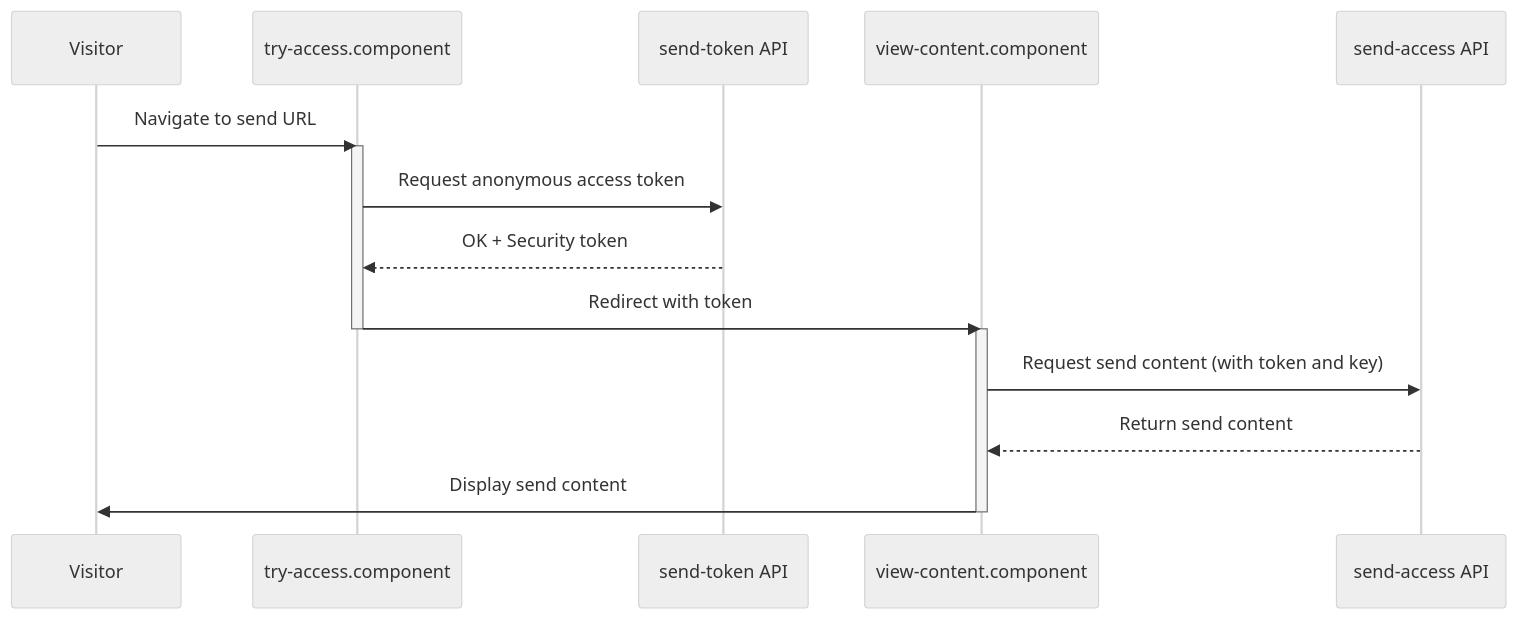
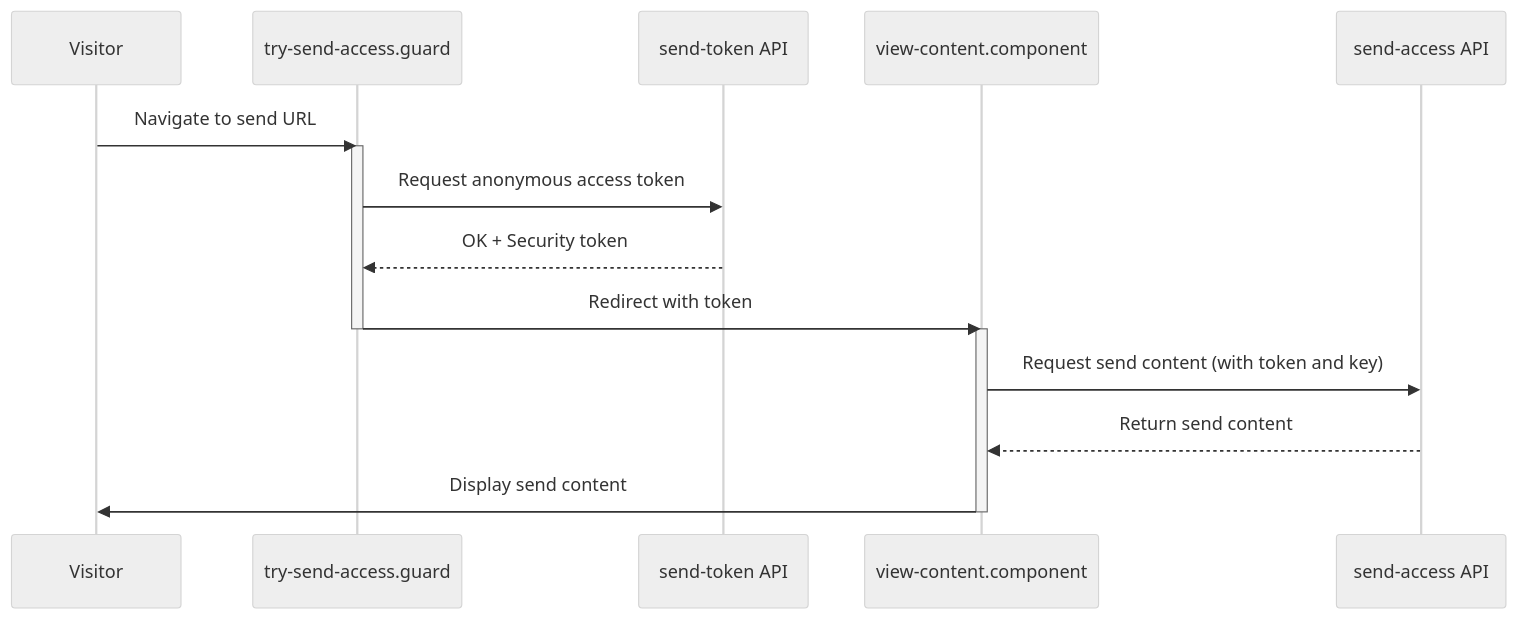
Before and after one commit to mort666/bw-clients: the first of 3 diagrams in apps/web/src/app/tools/send/send-access/authentication-flow.md, drawn with Mermaid (neutral theme). The commit also changed other lines of this file and 7 other files, not shown here.

````diff
--- a/apps/web/src/app/tools/send/send-access/authentication-flow.md
+++ b/apps/web/src/app/tools/send/send-access/authentication-flow.md
@@ -9,20 +9,20 @@
 ```mermaid
 sequenceDiagram
     participant Visitor
-    participant TryAccess as try-access.component
+    participant TryAccess as try-send-access.guard
     participant SendToken as send-token API
     participant ViewContent as view-content.component
     participant SendAccess as send-access API
 
     Visitor->>TryAccess: Navigate to send URL
     activate TryAccess
     TryAccess->>SendToken: Request anonymous access token
     SendToken-->>TryAccess: OK + Security token
     TryAccess->>ViewContent: Redirect with token
     deactivate TryAccess
     activate ViewContent
     ViewContent->>SendAccess: Request send content (with token and key)
     SendAccess-->>ViewContent: Return send content
     ViewContent->>Visitor: Display send content
     deactivate ViewContent
 ```
````
